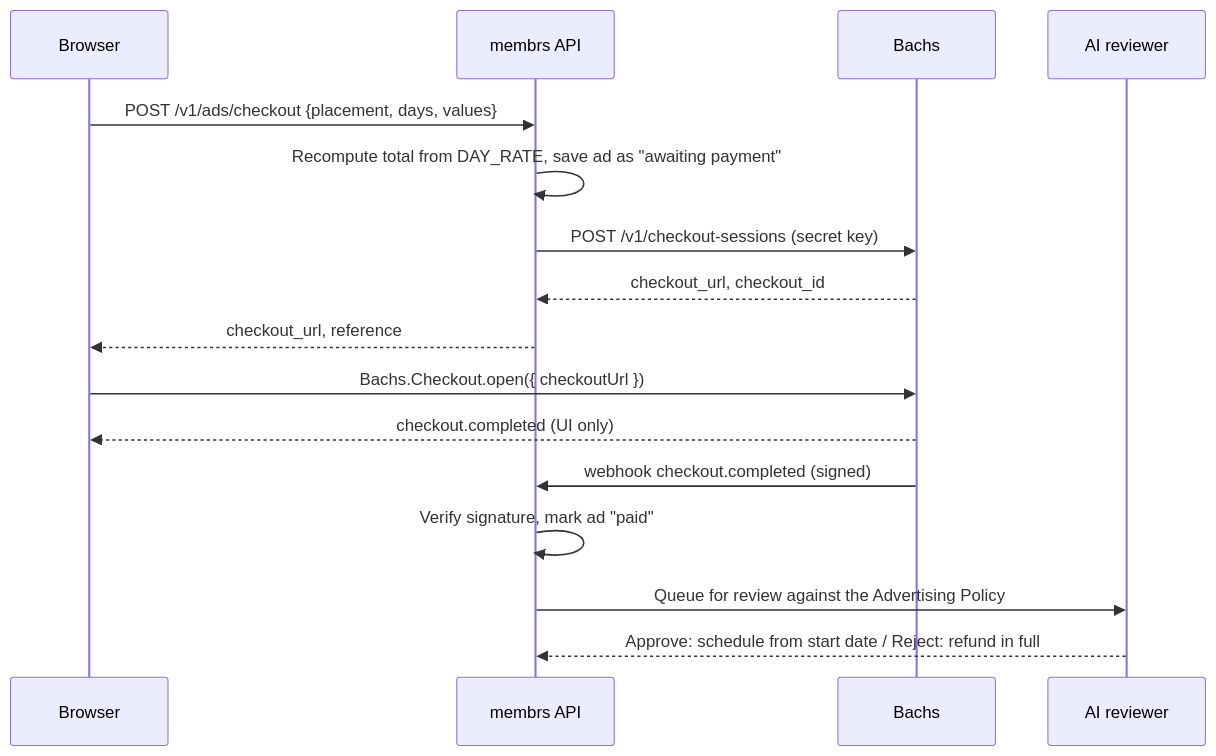
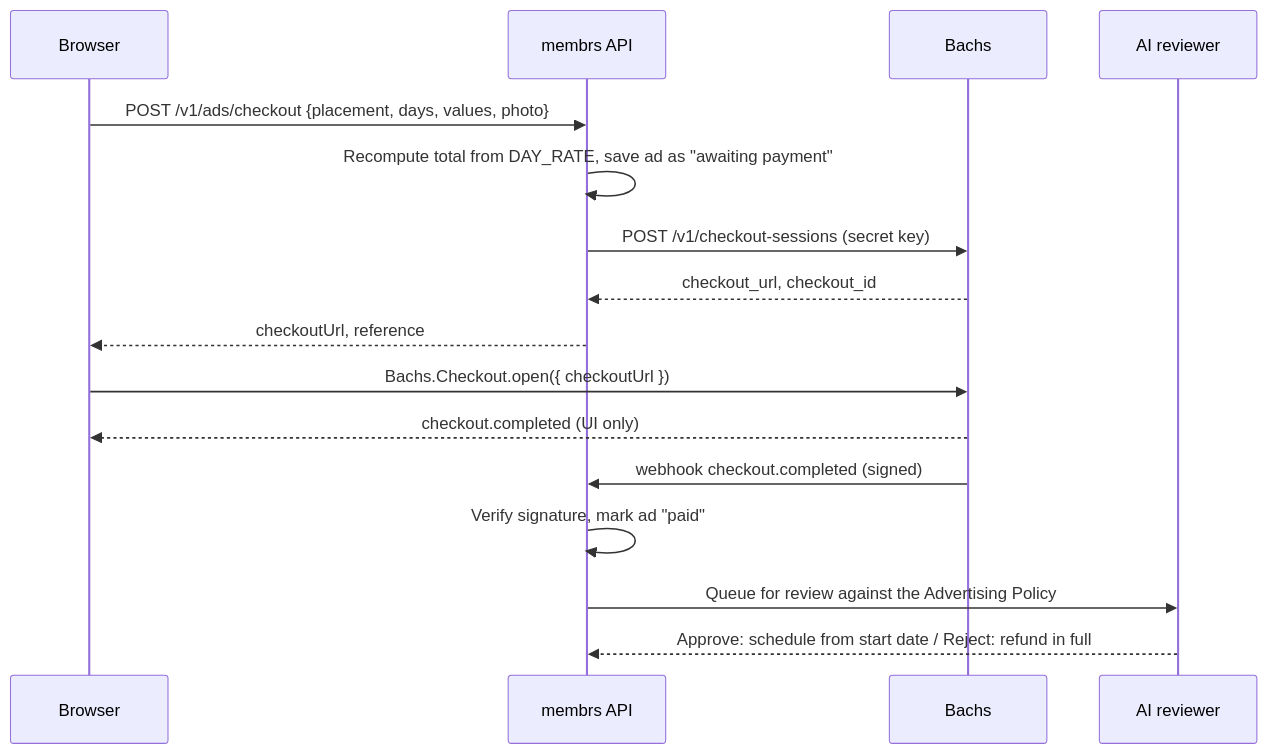
The diagram in docs/payments.md (EntrypointLabs/Membrs), drawn with Mermaid before and after one commit. The commit also changed other lines of this file and 143 other files, not shown here.

````diff
--- a/docs/payments.md
+++ b/docs/payments.md
@@ -9,18 +9,18 @@
 ```mermaid
 sequenceDiagram
   participant B as Browser
   participant S as membrs API
   participant X as Bachs
   participant R as AI reviewer
-  B->>S: POST /v1/ads/checkout {placement, days, values}
+  B->>S: POST /v1/ads/checkout {placement, days, values, photo}
   S->>S: Recompute total from DAY_RATE, save ad as "awaiting payment"
   S->>X: POST /v1/checkout-sessions (secret key)
   X-->>S: checkout_url, checkout_id
-  S-->>B: checkout_url, reference
+  S-->>B: checkoutUrl, reference
   B->>X: Bachs.Checkout.open({ checkoutUrl })
   X-->>B: checkout.completed (UI only)
   X->>S: webhook checkout.completed (signed)
   S->>S: Verify signature, mark ad "paid"
   S->>R: Queue for review against the Advertising Policy
   R-->>S: Approve: schedule from start date / Reject: refund in full
 ```
````
